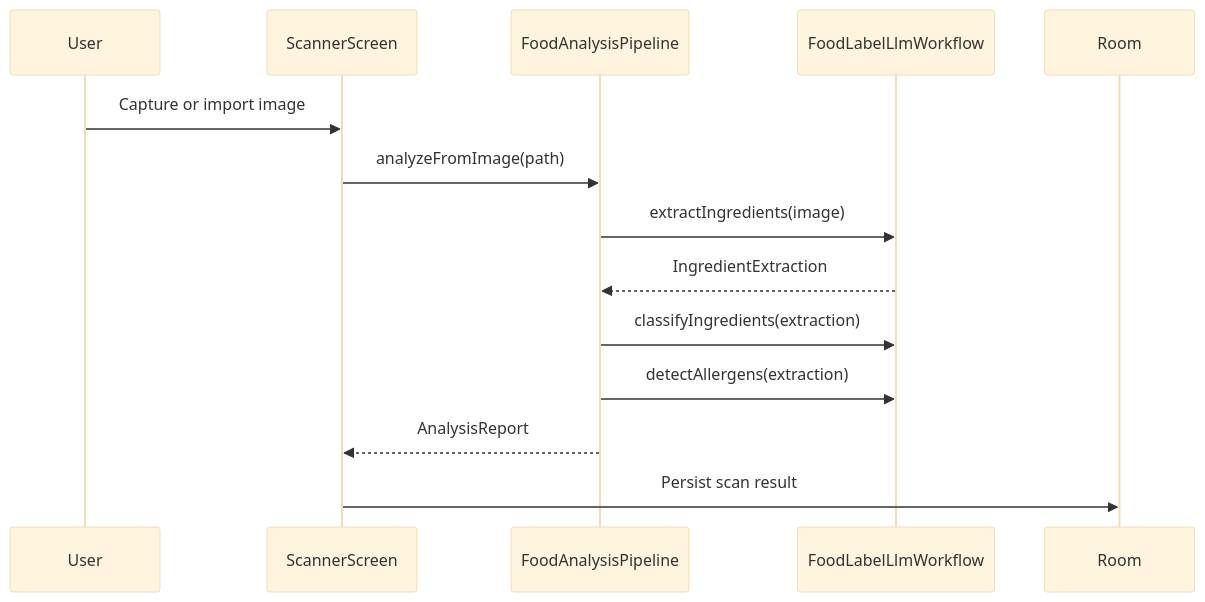
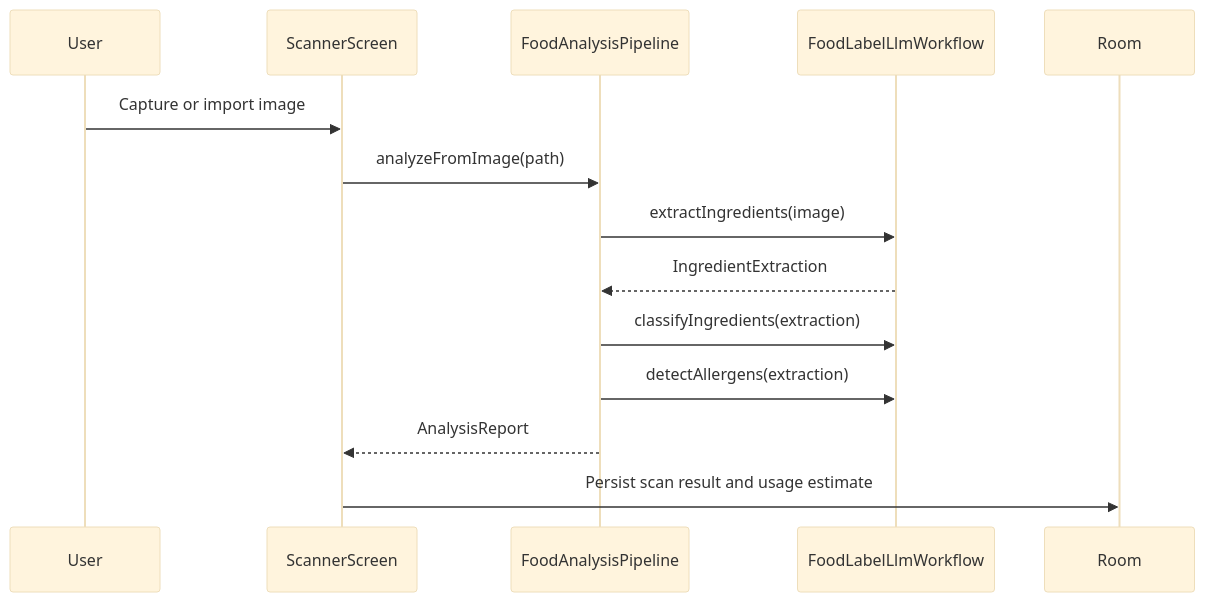
Before and after one commit to benevolentbandwidth/ultraprocessed: the third of 5 diagrams in documentation/01-architecture.md, drawn with Mermaid (base theme). The commit also changed other lines of this file and 127 other files, not shown here.

````diff
--- a/documentation/01-architecture.md
+++ b/documentation/01-architecture.md
@@ -29,17 +52,17 @@
 ```mermaid
 sequenceDiagram
     participant User
     participant Scanner as ScannerScreen
     participant Pipeline as FoodAnalysisPipeline
     participant LLM as FoodLabelLlmWorkflow
     participant Room
 
     User->>Scanner: Capture or import image
     Scanner->>Pipeline: analyzeFromImage(path)
     Pipeline->>LLM: extractIngredients(image)
     LLM-->>Pipeline: IngredientExtraction
     Pipeline->>LLM: classifyIngredients(extraction)
     Pipeline->>LLM: detectAllergens(extraction)
     Pipeline-->>Scanner: AnalysisReport
-    Scanner->>Room: Persist scan result
+    Scanner->>Room: Persist scan result and usage estimate
 ```
````
